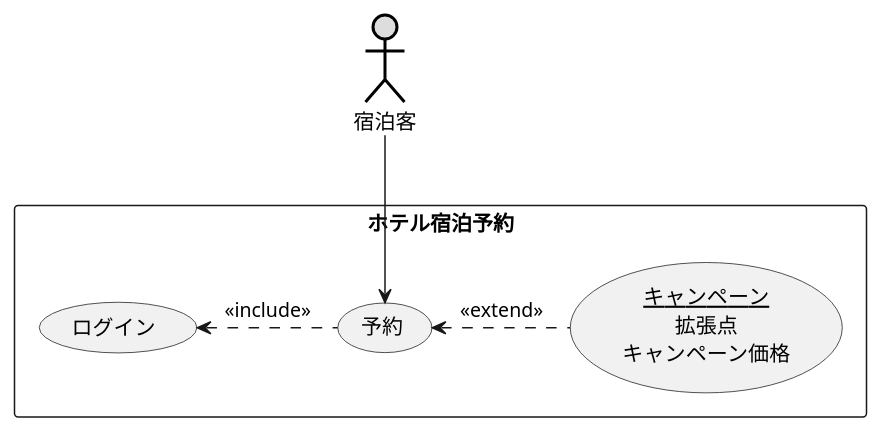
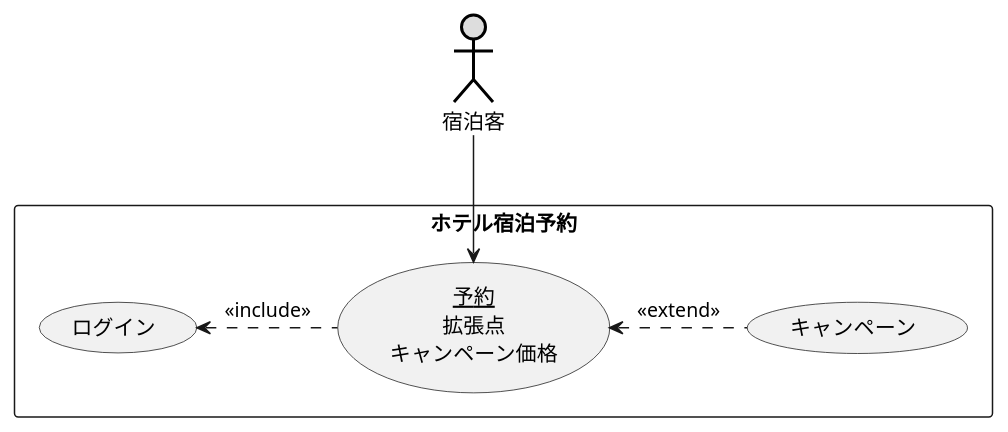
One commit to Aishin12/uml_introduction changed the diagram in 演習2-4_キャンペーン中のホテル宿泊予約.pu. Above: the diagram before and after it, drawn with PlantUML. The commit also changed 1 other file, not shown here.

```diff
--- a/演習2-4_キャンペーン中のホテル宿泊予約.pu
+++ b/演習2-4_キャンペーン中のホテル宿泊予約.pu
@@ -1,11 +1,11 @@
 @startuml キャンペーン
 actor 宿泊客#DDDDDD;line:black;line.bold;
  rectangle ホテル宿泊予約{
-    usecase (<u>キャンペーン</u>\n拡張点\nキャンペーン価格) as input
-    usecase 予約
+    usecase キャンペーン
+    usecase (<u>予約</u>\n拡張点\nキャンペーン価格) as input
     usecase  ログイン
  }
-    予約 <. input : <<extend>>
-    宿泊客 --> 予約
-    ログイン<.予約 : << include >>
+    input <. キャンペーン: <<extend>>
+    宿泊客 --> input
+    ログイン<.input : << include >>
 @enduml
```
